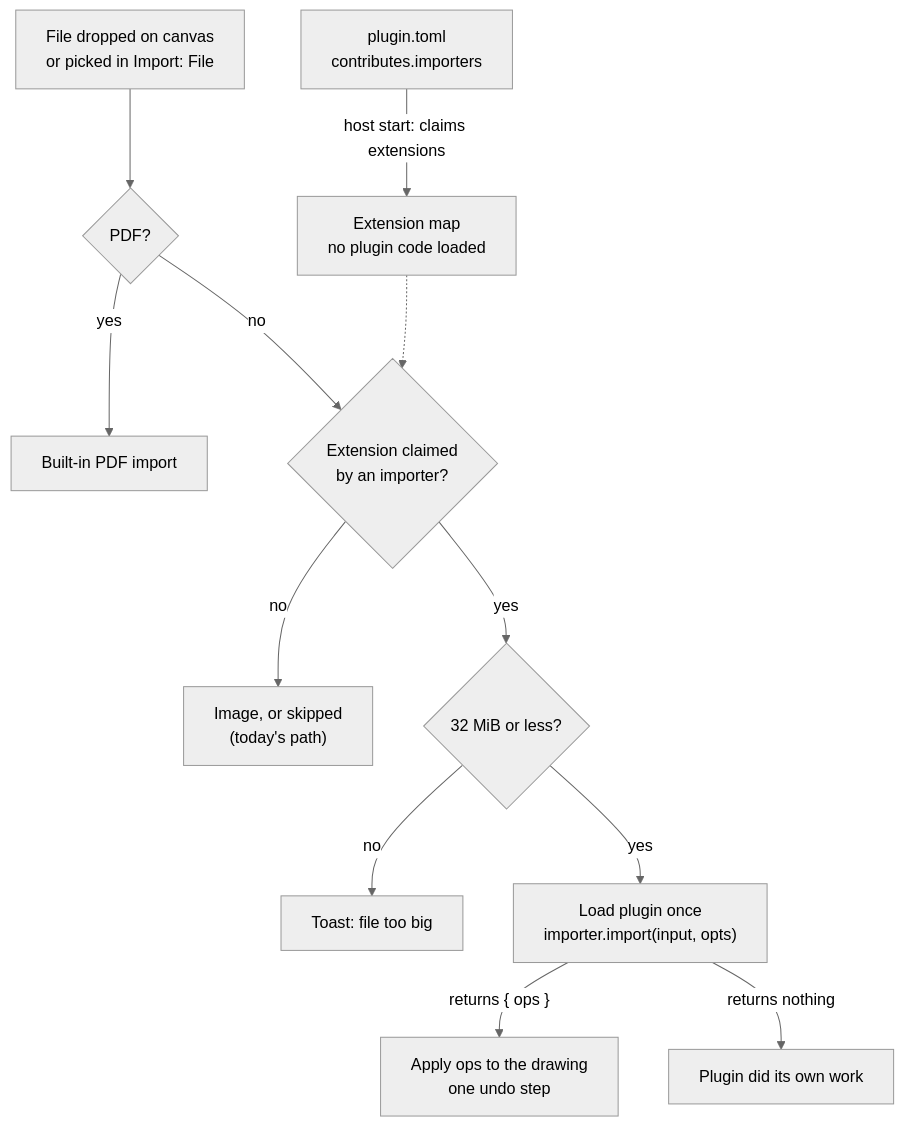
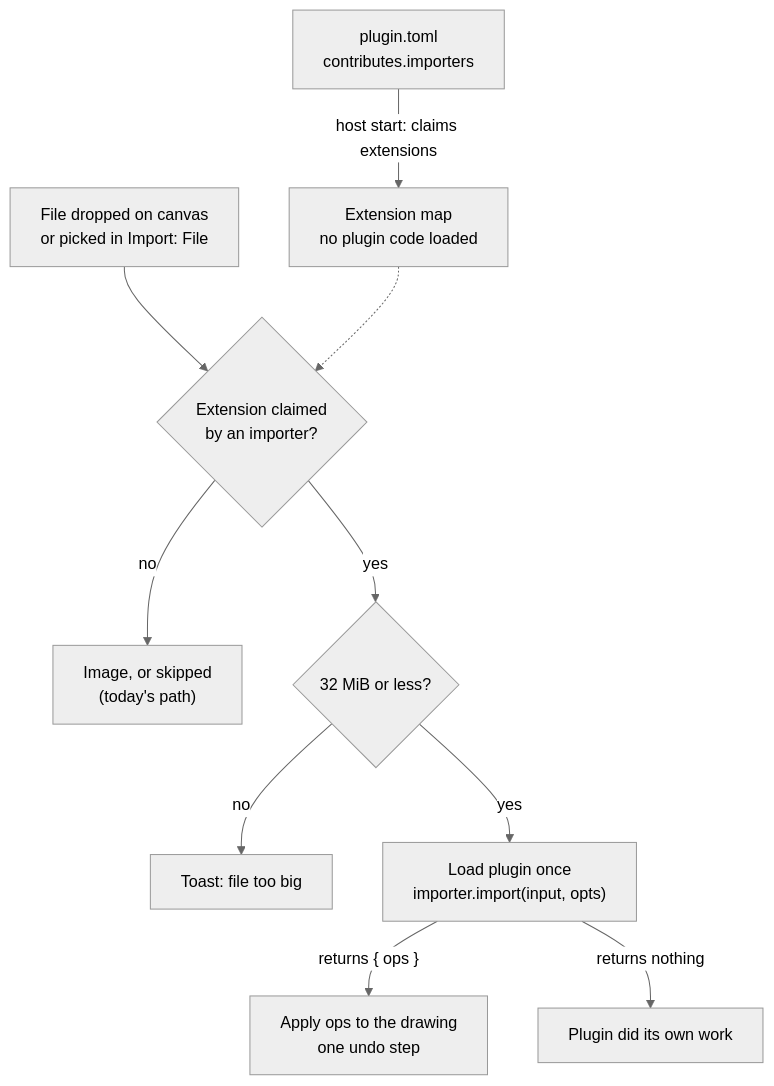
The diagram in sdk/docs/importers.md (Vaultdraw/beltio), drawn with Mermaid (neutral theme) before and after one commit. The commit also changed other lines of this file and 92 other files, not shown here.

Commit message:
feat(pdf-import): PDF import moves into the official pdf-import plugin; plugin API ctx.pdf, scene.placePages, scene.sizeBytes, batch pageCount and reveal; pdf.* gateway rows (permission pdf)

````diff
--- a/sdk/docs/importers.md
+++ b/sdk/docs/importers.md
@@ -67,14 +67,12 @@
 ```mermaid
 flowchart TD
   M["plugin.toml<br/>contributes.importers"] -->|"host start: claims extensions"| S["Extension map<br/>no plugin code loaded"]
-  D["File dropped on canvas<br/>or picked in Import: File"] --> P{"PDF?"}
-  P -->|yes| PDF["Built-in PDF import"]
-  P -->|no| L{"Extension claimed<br/>by an importer?"}
+  D["File dropped on canvas<br/>or picked in Import: File"] --> L{"Extension claimed<br/>by an importer?"}
   S -.-> L
   L -->|no| IMG["Image, or skipped<br/>(today's path)"]
   L -->|yes| SZ{"32 MiB or less?"}
   SZ -->|no| BIG["Toast: file too big"]
   SZ -->|yes| ACT["Load plugin once<br/>importer.import(input, opts)"]
   ACT -->|"returns { ops }"| APPLY["Apply ops to the drawing<br/>one undo step"]
   ACT -->|"returns nothing"| OWN["Plugin did its own work"]
 ```
````
